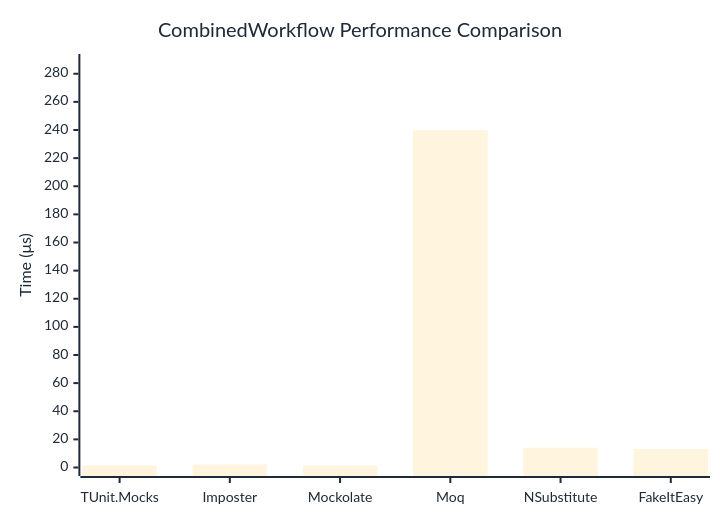
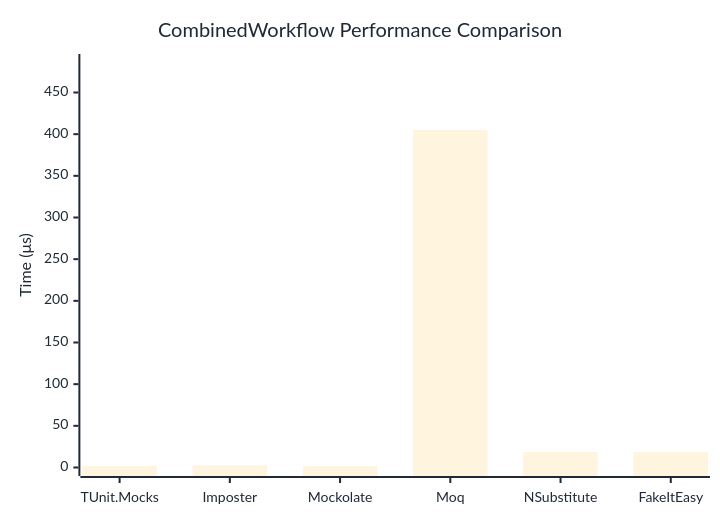
Before and after one commit to thomhurst/TUnit: the diagram in docs/docs/benchmarks/mocks/CombinedWorkflow.md, drawn with Mermaid. The commit also changed other lines of this file and 14 other files, not shown here.

````diff
--- a/docs/docs/benchmarks/mocks/CombinedWorkflow.md
+++ b/docs/docs/benchmarks/mocks/CombinedWorkflow.md
@@ -30,27 +30,27 @@
 ```mermaid
 %%{init: {
   'theme':'base',
   'themeVariables': {
     'primaryColor': '#2563eb',
     'primaryTextColor': '#1f2937',
     'primaryBorderColor': '#1e40af',
     'lineColor': '#6b7280',
     'secondaryColor': '#7c3aed',
     'tertiaryColor': '#dc2626',
     'background': '#ffffff',
     'pie1': '#2563eb',
     'pie2': '#7c3aed',
     'pie3': '#dc2626',
     'pie4': '#f59e0b',
     'pie5': '#10b981',
     'pie6': '#06b6d4',
     'pie7': '#ec4899',
     'pie8': '#6366f1'
   }
 }}%%
 xychart-beta
   title "CombinedWorkflow Performance Comparison"
   x-axis ["TUnit.Mocks", "Imposter", "Mockolate", "Moq", "NSubstitute", "FakeItEasy"]
-  y-axis "Time (μs)" 0 --> 288
-  bar [1.497, 2.153, 1.327, 239.839, 14.083, 13.312]
+  y-axis "Time (μs)" 0 --> 486
+  bar [1.812, 2.554, 1.587, 404.897, 18.618, 18.261]
 ```
````
